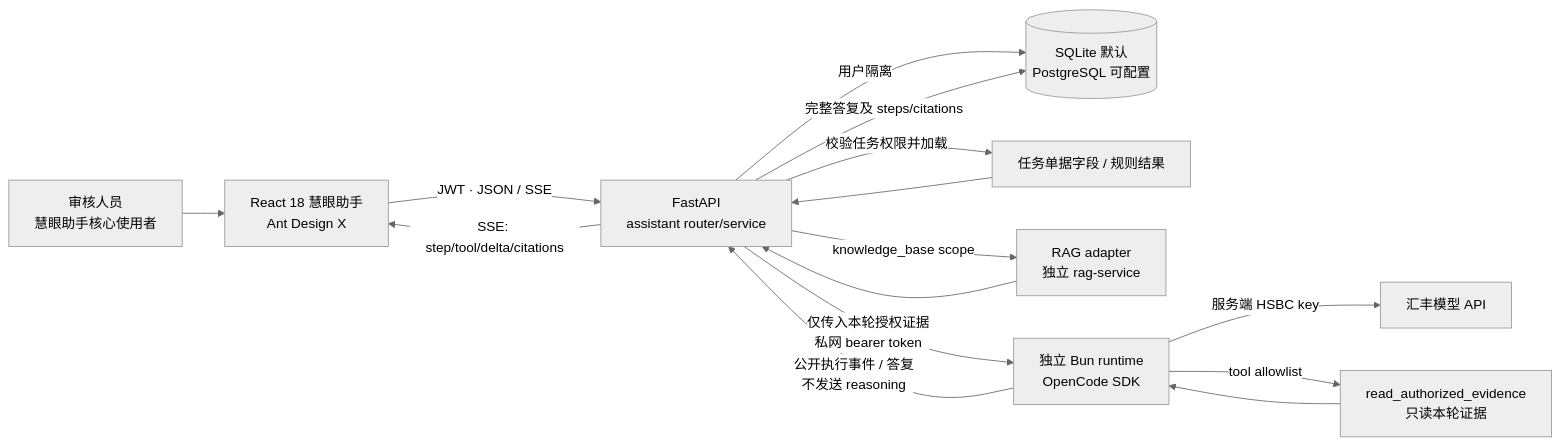
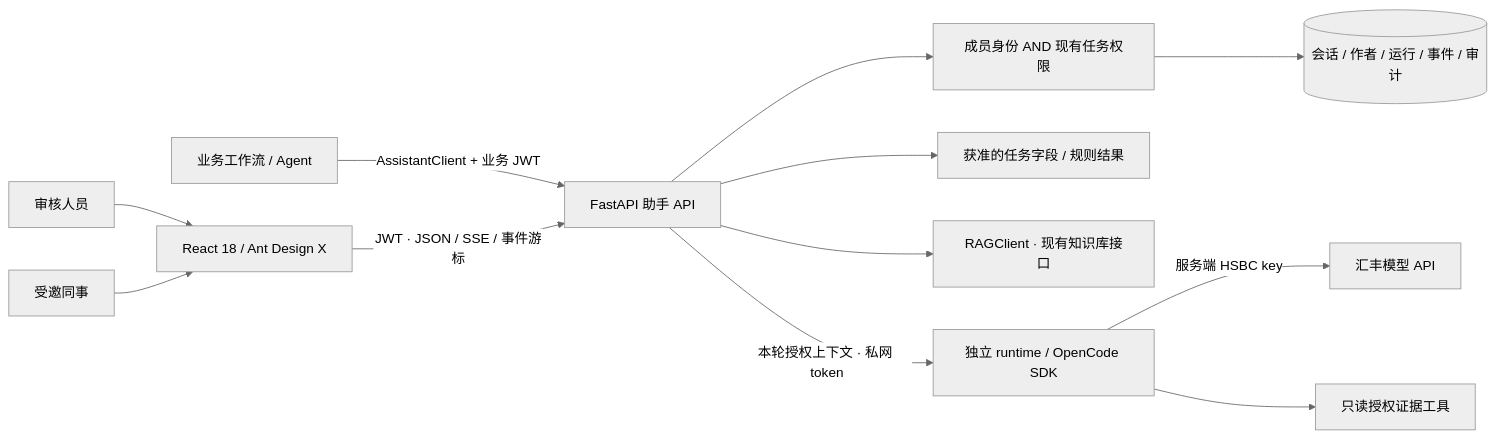
The first of 3 diagrams in docs/ai-assistant/README.md (HBCN-AI-Campaign/HBCN-AI-Campaign-Team8), drawn with Mermaid (neutral theme) before and after one commit. The commit also changed other lines of this file and 3 other files, not shown here.

````diff
--- a/docs/ai-assistant/README.md
+++ b/docs/ai-assistant/README.md
@@ -54,17 +24,14 @@
-```mermaid
+~~~mermaid
 flowchart LR
-  U[审核人员<br/>慧眼助手核心使用者] --> UI[React 18 慧眼助手<br/>Ant Design X]
-  UI -->|JWT · JSON / SSE| API[FastAPI<br/>assistant router/service]
-  API -->|用户隔离| DB[(SQLite 默认<br/>PostgreSQL 可配置)]
-  API -->|校验任务权限并加载| TASK[任务单据字段 / 规则结果]
-  API -->|knowledge_base scope| RAG[RAG adapter<br/>独立 rag-service]
-  API -->|仅传入本轮授权证据<br/>私网 bearer token| RT[独立 Bun runtime<br/>OpenCode SDK]
+  R[审核人员] --> UI[React 18 / Ant Design X]
+  E[受邀同事] --> UI
+  W[业务工作流 / Agent] -->|AssistantClient + 业务 JWT| API
+  UI -->|JWT · JSON / SSE / 事件游标| API[FastAPI 助手 API]
+  API --> ACL[成员身份 AND 现有任务权限]
+  ACL --> DB[(会话 / 作者 / 运行 / 事件 / 审计)]
+  API --> TASK[获准的任务字段 / 规则结果]
+  API --> RAG[RAGClient · 现有知识库接口]
+  API -->|本轮授权上下文 · 私网 token| RT[独立 runtime / OpenCode SDK]
   RT -->|服务端 HSBC key| HSBC[汇丰模型 API]
-  RT -->|tool allowlist| TOOL[read_authorized_evidence<br/>只读本轮证据]
-  TASK --> API
-  RAG --> API
-  TOOL --> RT
-  RT -->|公开执行事件 / 答复<br/>不发送 reasoning| API
-  API -->|SSE: step/tool/delta/citations| UI
-  API -->|完整答复及 steps/citations| DB
-```
+  RT --> TOOL[只读授权证据工具]
+~~~
````
